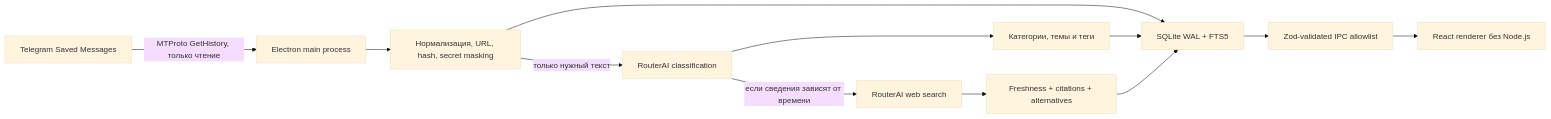
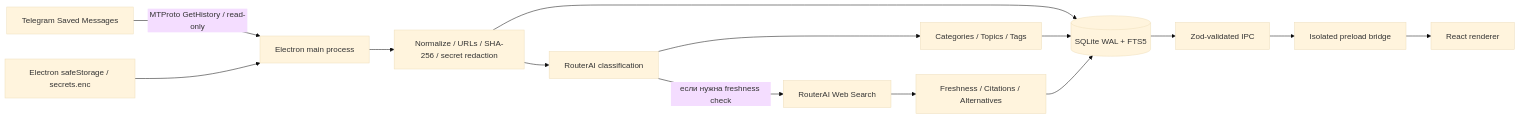
Before and after one commit to Leo0742/SavedAtlas: the diagram in README.md, drawn with Mermaid (base theme). The commit also changed other lines of this file, not shown here.

````diff
--- a/README.md
+++ b/README.md
@@ -76,14 +73,16 @@
 ```mermaid
 flowchart LR
-    TG["Telegram Saved Messages"] -->|"MTProto GetHistory, только чтение"| MAIN["Electron main process"]
-    MAIN --> PREP["Нормализация, URL, hash, secret masking"]
-    PREP --> DB["SQLite WAL + FTS5"]
-    PREP -->|"только нужный текст"| AI["RouterAI classification"]
-    AI --> TOPICS["Категории, темы и теги"]
-    AI -->|"если сведения зависят от времени"| WEB["RouterAI web search"]
-    WEB --> FRESH["Freshness + citations + alternatives"]
-    TOPICS --> DB
+    TG[Telegram Saved Messages] -->|MTProto GetHistory / read-only| MAIN[Electron main process]
+    MAIN --> PREP[Normalize / URLs / SHA-256 / secret redaction]
+    PREP --> DB[(SQLite WAL + FTS5)]
+    PREP --> AI[RouterAI classification]
+    AI --> TAX[Categories / Topics / Tags]
+    AI -->|если нужна freshness check| WEB[RouterAI Web Search]
+    WEB --> FRESH[Freshness / Citations / Alternatives]
+    TAX --> DB
     FRESH --> DB
-    DB --> IPC["Zod-validated IPC allowlist"]
-    IPC --> UI["React renderer без Node.js"]
+    DB --> IPC[Zod-validated IPC]
+    IPC --> PRELOAD[Isolated preload bridge]
+    PRELOAD --> UI[React renderer]
+    SECRETS[Electron safeStorage / secrets.enc] --> MAIN
 ```
````
